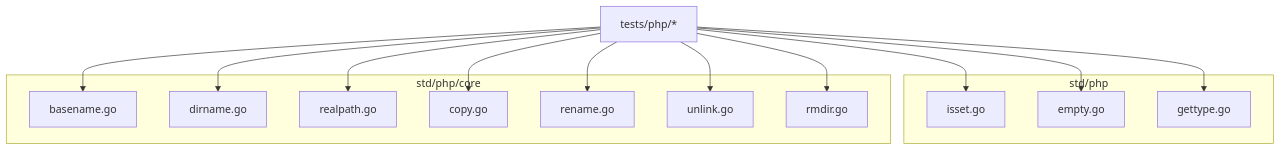
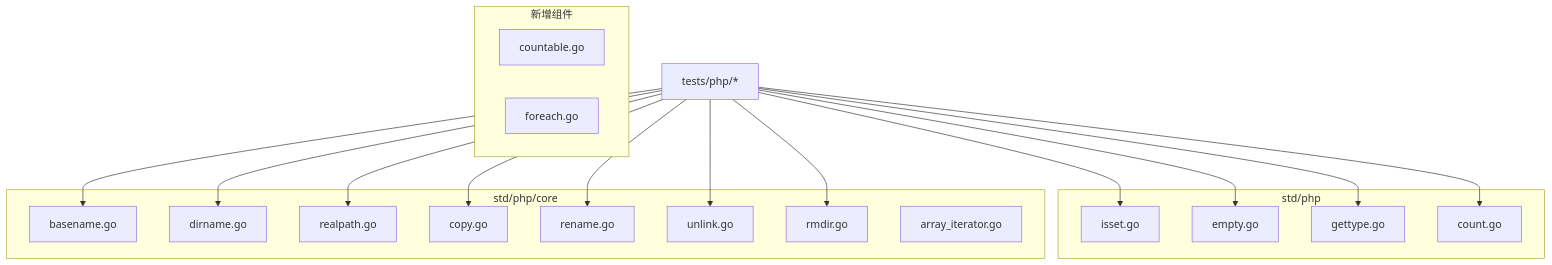
Before and after one commit to php-any/origami: the first of 10 diagrams in .qoder/repowiki/zh/content/PHP集成/PHP标准库/核心函数.md, drawn with Mermaid. The commit also changed other lines of this file and 21 other files, not shown here.

````diff
--- a/.qoder/repowiki/zh/content/PHP集成/PHP标准库/核心函数.md
+++ b/.qoder/repowiki/zh/content/PHP集成/PHP标准库/核心函数.md
@@ -51,27 +69,34 @@
 ```mermaid
 graph TB
 subgraph "std/php"
 A["isset.go"]
 B["empty.go"]
 C["gettype.go"]
+D["count.go"]
 end
 subgraph "std/php/core"
-D["basename.go"]
-E["dirname.go"]
-F["realpath.go"]
-G["copy.go"]
-H["rename.go"]
-I["unlink.go"]
-J["rmdir.go"]
+E["basename.go"]
+F["dirname.go"]
+G["realpath.go"]
+H["copy.go"]
+I["rename.go"]
+J["unlink.go"]
+K["rmdir.go"]
+L["array_iterator.go"]
 end
-K["tests/php/*"] --> A
-K --> B
-K --> C
-K --> D
-K --> E
-K --> F
-K --> G
-K --> H
-K --> I
-K --> J
+subgraph "新增组件"
+M["countable.go"]
+N["foreach.go"]
+end
+O["tests/php/*"] --> A
+O --> B
+O --> C
+O --> D
+O --> E
+O --> F
+O --> G
+O --> H
+O --> I
+O --> J
+O --> K
 ```
````
